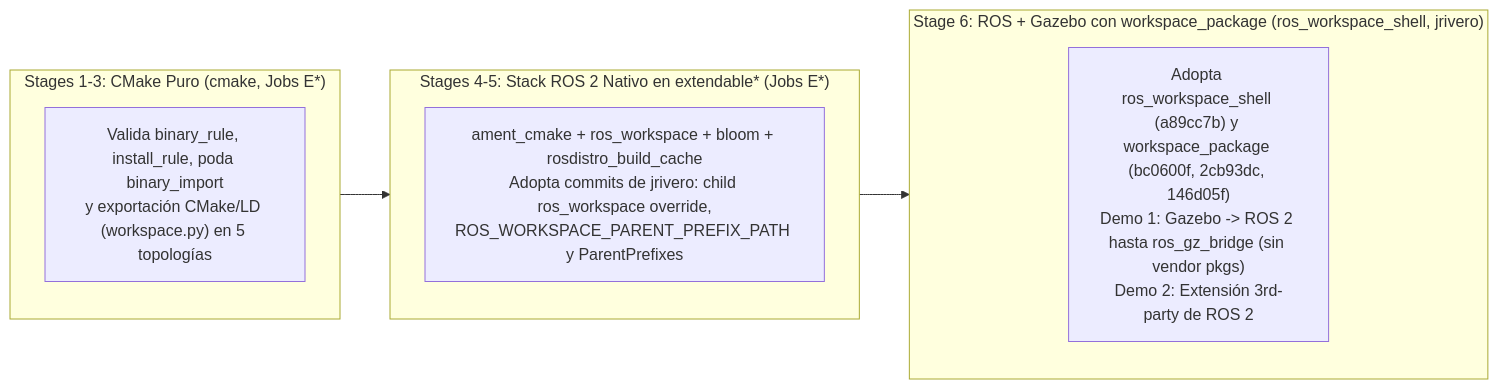
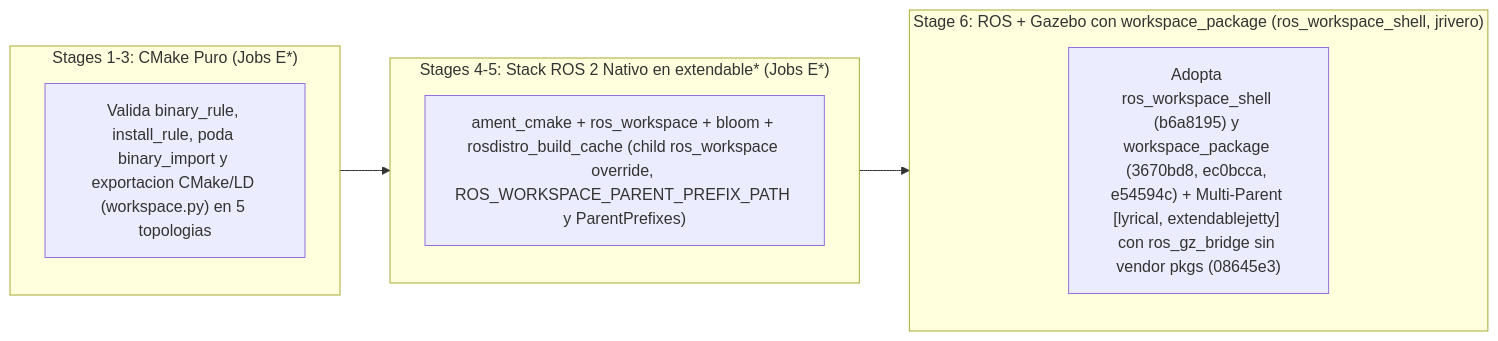
Before and after one commit to KmoM88/rep159-testing: the diagram in EXECUTION_EXTENDABLE.md, drawn with Mermaid. The commit also changed other lines of this file and 15 other files, not shown here.

Commit message:
Consolidate Stage 1-6 docs in roadmap/ with Mermaid core vs testbed diagrams, update rollout/PR plans, and sync Gist

````diff
--- a/EXECUTION_EXTENDABLE.md
+++ b/EXECUTION_EXTENDABLE.md
@@ -16,16 +19,16 @@
 ```mermaid
 flowchart LR
-    subgraph PureCMake ["Stages 1-3: CMake Puro (<build_type>cmake</build_type>, Jobs E*)"]
-        E["Valida binary_rule, install_rule, poda binary_import<br/>y exportación CMake/LD (workspace.py) en 5 topologías"]
+    subgraph PureCMake ["Stages 1-3: CMake Puro (Jobs E*)"]
+        E["Valida binary_rule, install_rule, poda binary_import y exportacion CMake/LD (workspace.py) en 5 topologias"]
     end
 
     subgraph RosWorkspace ["Stages 4-5: Stack ROS 2 Nativo en extendable* (Jobs E*)"]
-        C["ament_cmake + ros_workspace + bloom + rosdistro_build_cache<br/>Adopta commits de jrivero: child ros_workspace override,<br/>ROS_WORKSPACE_PARENT_PREFIX_PATH y ParentPrefixes"]
+        C["ament_cmake + ros_workspace + bloom + rosdistro_build_cache (child ros_workspace override, ROS_WORKSPACE_PARENT_PREFIX_PATH y ParentPrefixes)"]
     end
 
     subgraph RosGazebo ["Stage 6: ROS + Gazebo con workspace_package (ros_workspace_shell, jrivero)"]
-        G["Adopta ros_workspace_shell (a89cc7b) y workspace_package (bc0600f, 2cb93dc, 146d05f)<br/>Demo 1: Gazebo -> ROS 2 hasta ros_gz_bridge (sin vendor pkgs)<br/>Demo 2: Extensión 3rd-party de ROS 2"]
+        G["Adopta ros_workspace_shell (b6a8195) y workspace_package (3670bd8, ec0bcca, e54594c) + Multi-Parent [lyrical, extendablejetty] con ros_gz_bridge sin vendor pkgs (08645e3)"]
     end
 
     PureCMake --> RosWorkspace --> RosGazebo
 ```
````
